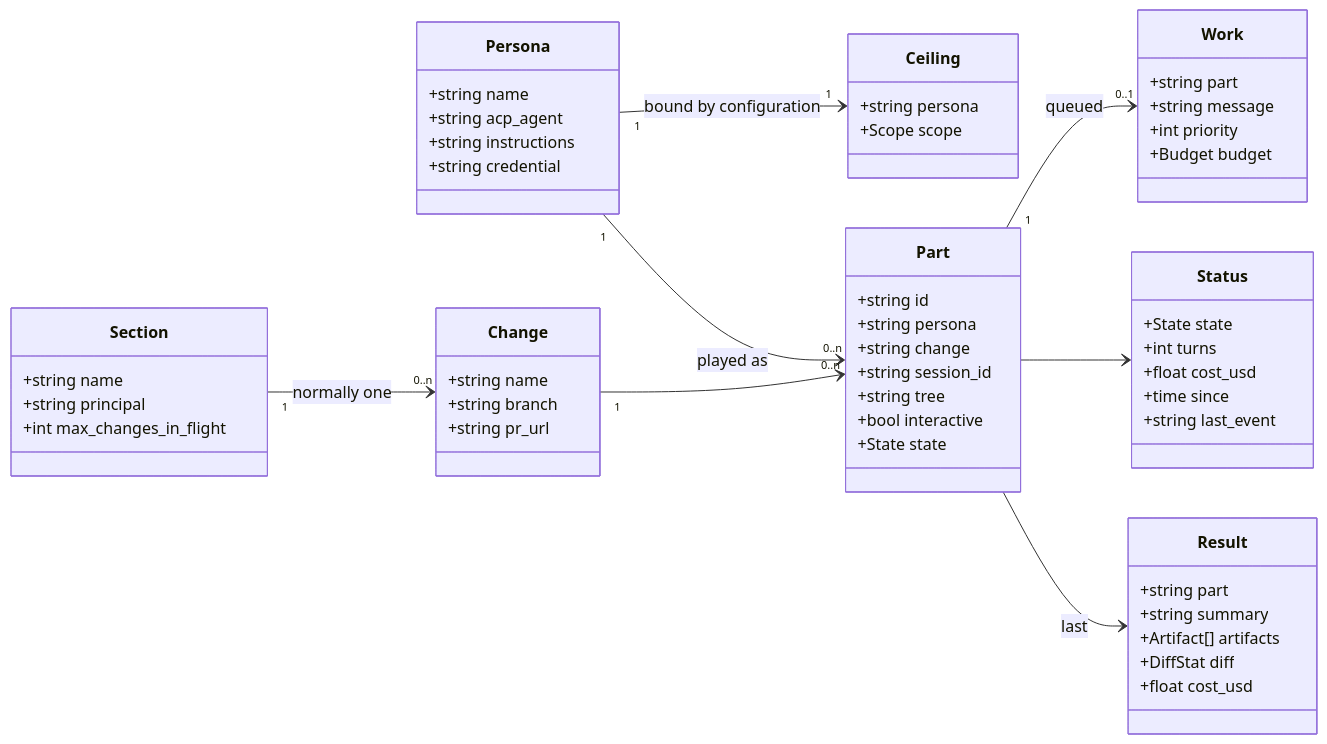
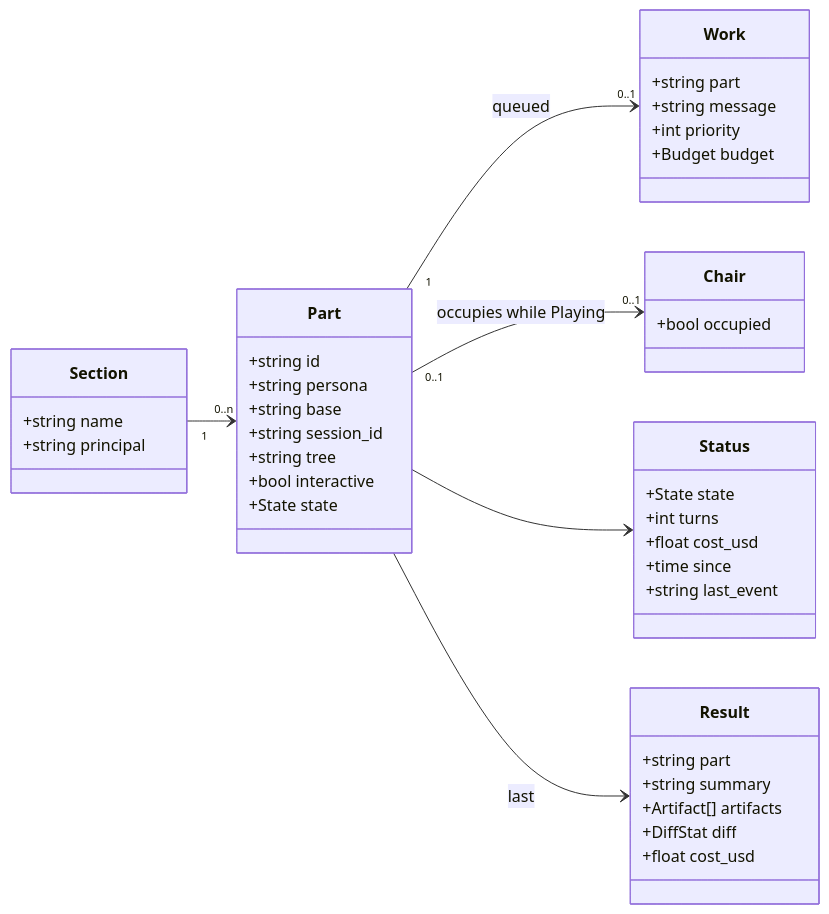
Before and after one commit to noclearreaction/symphony-maestro: the third of 5 diagrams in docs/ensemble/README.md, drawn with Mermaid. The commit also changed other lines of this file and 1 other file, not shown here.

````diff
--- a/docs/ensemble/README.md
+++ b/docs/ensemble/README.md
@@ -604,60 +586,45 @@
 ```mermaid
 classDiagram
   direction LR
-  class Persona {
-    +string name
-    +string acp_agent
-    +string instructions
-    +string credential
-  }
-  class Ceiling {
-    +string persona
-    +Scope scope
-  }
   class Part {
     +string id
     +string persona
-    +string change
+    +string base
     +string session_id
     +string tree
     +bool interactive
     +State state
+  }
+  class Chair {
+    +bool occupied
   }
   class Work {
     +string part
     +string message
     +int priority
     +Budget budget
   }
   class Status {
     +State state
     +int turns
     +float cost_usd
     +time since
     +string last_event
   }
   class Result {
     +string part
     +string summary
     +Artifact[] artifacts
     +DiffStat diff
     +float cost_usd
   }
   class Section {
     +string name
     +string principal
-    +int max_changes_in_flight
   }
-  class Change {
-    +string name
-    +string branch
-    +string pr_url
-  }
-  Section "1" --> "0..n" Change : normally one
-  Change "1" --> "0..n" Part
-  Persona "1" --> "0..n" Part : played as
+  Section "1" --> "0..n" Part
   Part "1" --> "0..1" Work : queued
-  Persona "1" --> "1" Ceiling : bound by configuration
+  Part "0..1" --> "0..1" Chair : occupies while Playing
   Part --> Status
   Part --> Result : last
 ```
````
